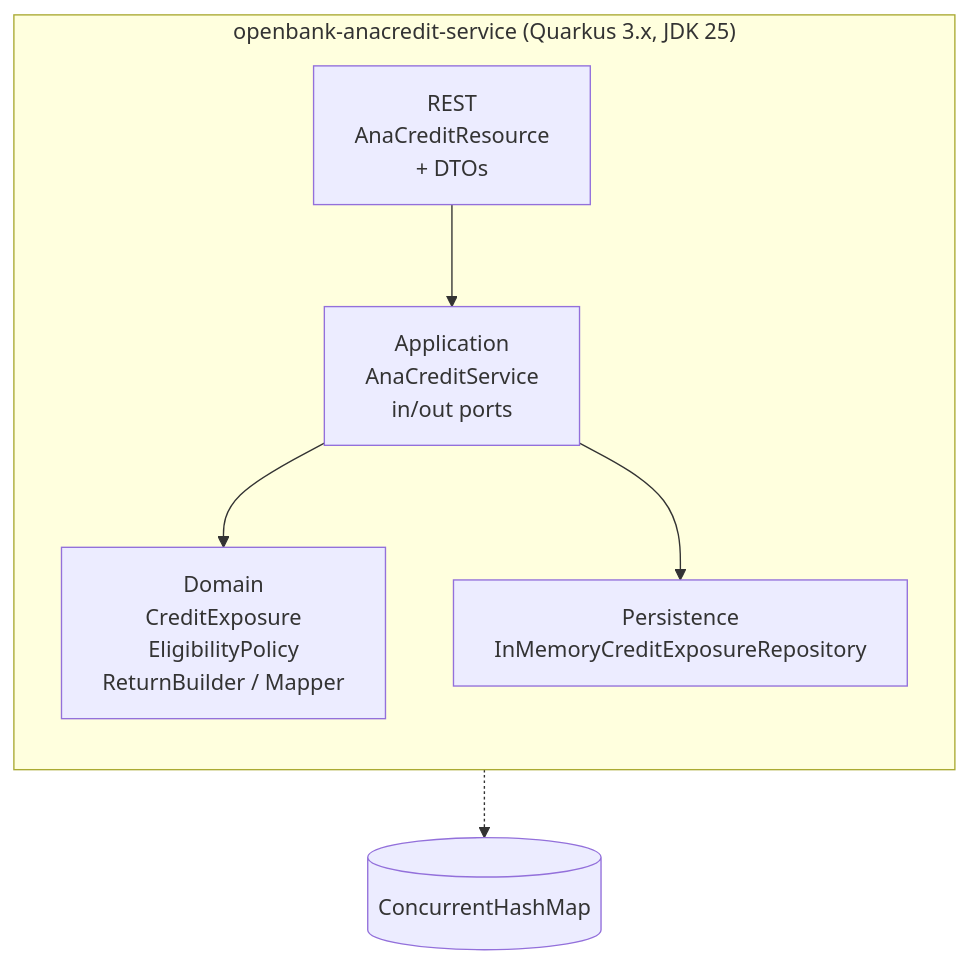
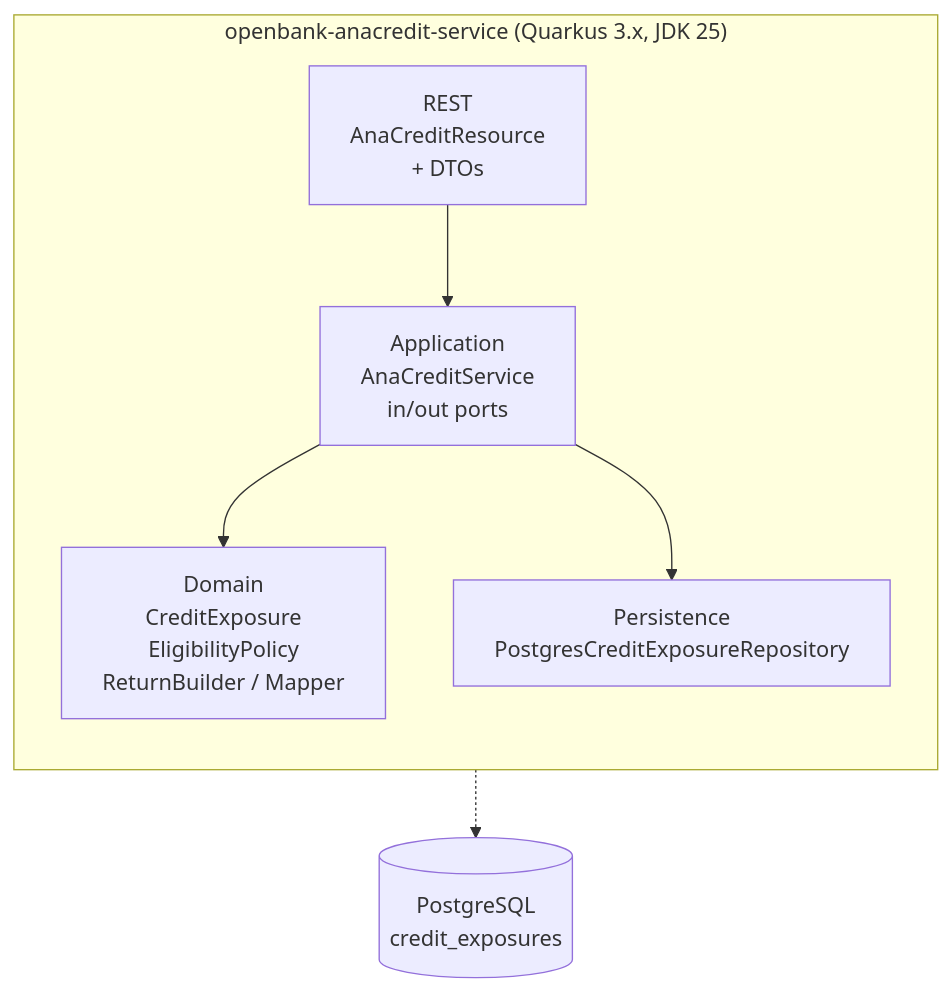
The second of 3 diagrams in openbank-anacredit-service/src/main/resources/docs/02-architecture.en.md (JiRaska/open-bank-oss), drawn with Mermaid before and after one commit. The commit also changed other lines of this file and 36 other files, not shown here.

````diff
--- a/openbank-anacredit-service/src/main/resources/docs/02-architecture.en.md
+++ b/openbank-anacredit-service/src/main/resources/docs/02-architecture.en.md
@@ -28,15 +28,15 @@
 ```mermaid
 graph TB
   subgraph "openbank-anacredit-service (Quarkus 3.x, JDK 25)"
     direction TB
     rest[REST<br/>AnaCreditResource<br/>+ DTOs]
     uc[Application<br/>AnaCreditService<br/>in/out ports]
     dom[Domain<br/>CreditExposure<br/>EligibilityPolicy<br/>ReturnBuilder / Mapper]
-    persist[Persistence<br/>InMemoryCreditExposureRepository]
+    persist[Persistence<br/>PostgresCreditExposureRepository]
   end
 
   rest --> uc
   uc --> dom
   uc --> persist
-  persist -.-> store[(ConcurrentHashMap)]
+  persist -.-> store[(PostgreSQL<br/>credit_exposures)]
 ```
````
